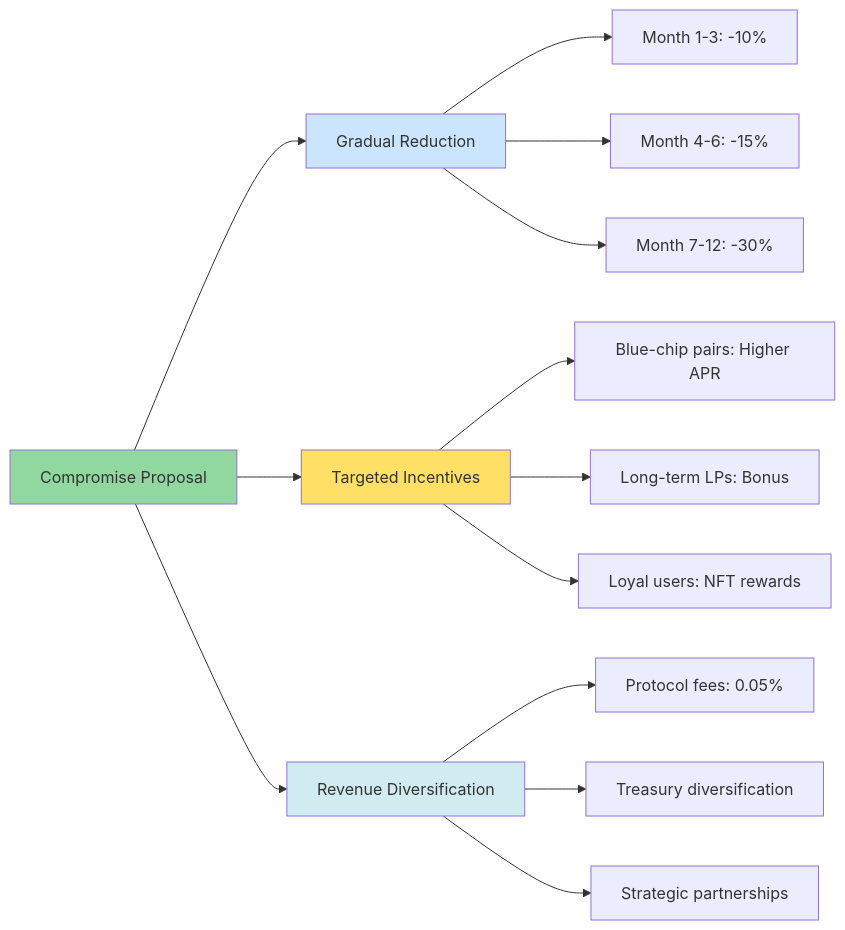
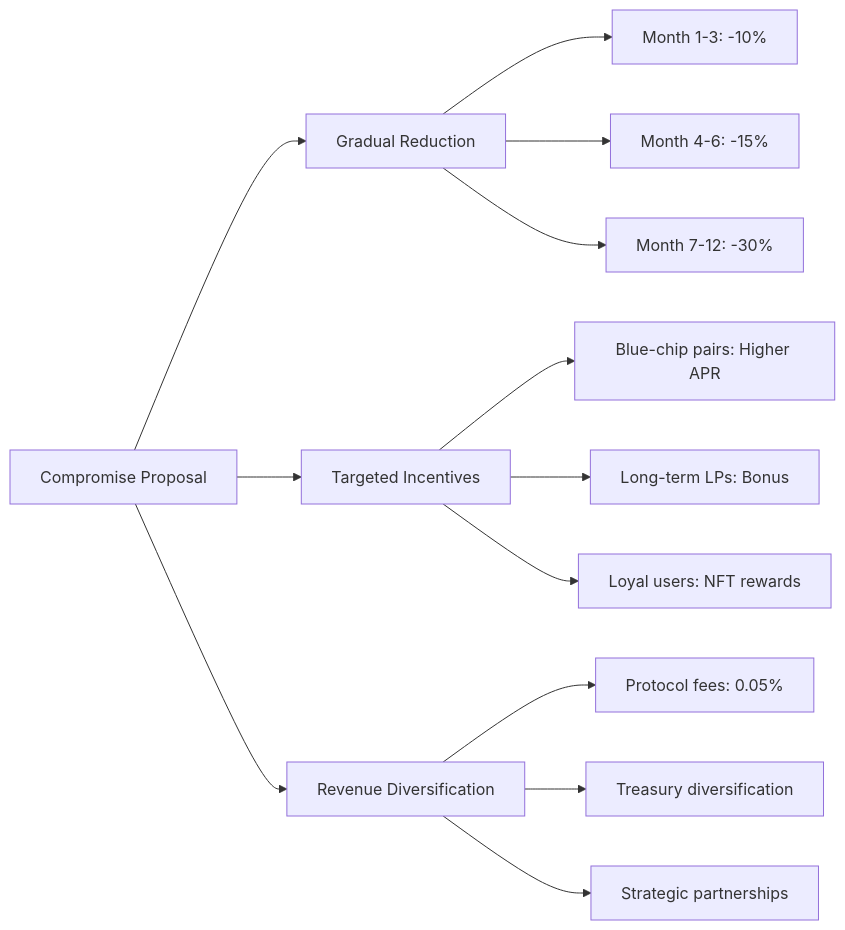
Diagram 19 of 23 in Industry/Blockchain/Blockchain/ValueChain/QA_MistralAI.md (ljg-cqu/knowledge), drawn with Mermaid before and after one commit. The commit also changed other lines of this file, not shown here.

Commit message:
Enhance value chain analysis in QA_MistralAI.md by refining flow diagrams and adding key characteristics. Improved clarity on capital cycles, fee flows, and governance mechanisms to better illustrate stakeholder interactions and regulatory impacts.

````diff
--- a/Industry/Blockchain/Blockchain/ValueChain/QA_MistralAI.md
+++ b/Industry/Blockchain/Blockchain/ValueChain/QA_MistralAI.md
@@ -1280,23 +1262,19 @@
 ```mermaid
 graph LR
     A[Compromise Proposal] --> B[Gradual Reduction]
     A --> C[Targeted Incentives]
     A --> D[Revenue Diversification]
     
     B --> B1[Month 1-3: -10%]
     B --> B2[Month 4-6: -15%]
     B --> B3[Month 7-12: -30%]
     
     C --> C1[Blue-chip pairs: Higher APR]
     C --> C2[Long-term LPs: Bonus]
     C --> C3[Loyal users: NFT rewards]
     
     D --> D1[Protocol fees: 0.05%]
     D --> D2[Treasury diversification]
     D --> D3[Strategic partnerships]
     
-    style A fill:#90d7a0
-    style B fill:#cce5ff
-    style C fill:#ffe066
-    style D fill:#d1ecf1
 ```
````
